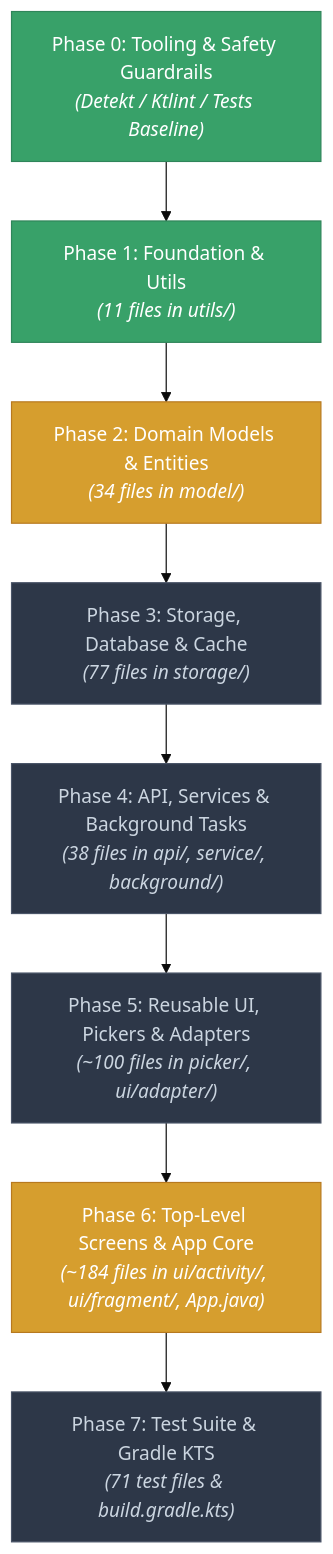
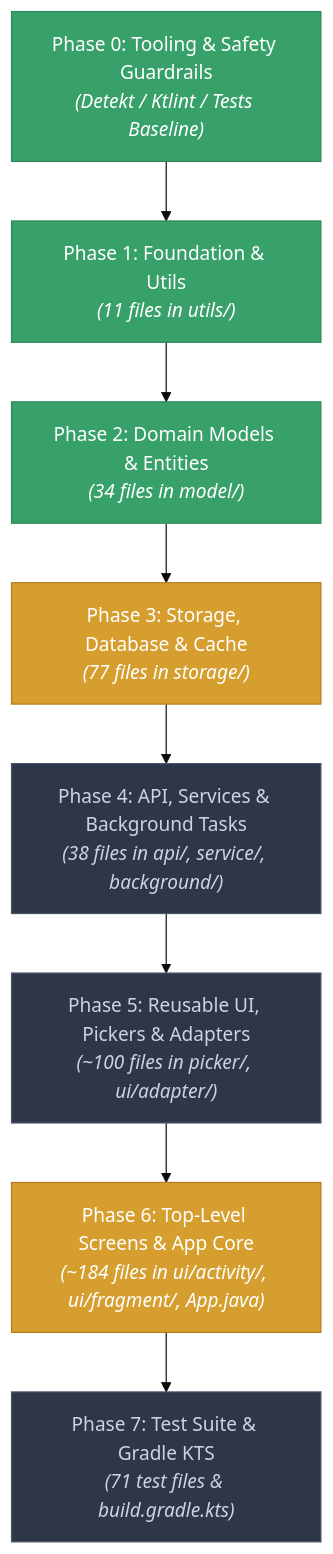
Before and after one commit to solomonrajan/cashledger: the first of 2 diagrams in KOTLIN_MIGRATION.mdx, drawn with Mermaid (base theme). The commit also changed other lines of this file and 68 other files, not shown here.

First line of the commit message:
refactor(model): migrate all 34 domain model and entity classes to Kotlin (Phase 2)

````diff
--- a/KOTLIN_MIGRATION.mdx
+++ b/KOTLIN_MIGRATION.mdx
@@ -57,23 +57,23 @@
 ```mermaid
 flowchart TD
     classDef pending fill:#2D3748,stroke:#4A5568,color:#CBD5E0
     classDef inprog fill:#D69E2E,stroke:#B7791F,color:#FFFFFF
     classDef complete fill:#38A169,stroke:#2F855A,color:#FFFFFF
 
     P0["Phase 0: Tooling & Safety Guardrails<br/><i>(Detekt / Ktlint / Tests Baseline)</i>"]:::complete
     P1["Phase 1: Foundation & Utils<br/><i>(11 files in utils/)</i>"]:::complete
-    P2["Phase 2: Domain Models & Entities<br/><i>(34 files in model/)</i>"]:::inprog
-    P3["Phase 3: Storage, Database & Cache<br/><i>(77 files in storage/)</i>"]:::pending
+    P2["Phase 2: Domain Models & Entities<br/><i>(34 files in model/)</i>"]:::complete
+    P3["Phase 3: Storage, Database & Cache<br/><i>(77 files in storage/)</i>"]:::inprog
     P4["Phase 4: API, Services & Background Tasks<br/><i>(38 files in api/, service/, background/)</i>"]:::pending
     P5["Phase 5: Reusable UI, Pickers & Adapters<br/><i>(~100 files in picker/, ui/adapter/)</i>"]:::pending
     P6["Phase 6: Top-Level Screens & App Core<br/><i>(~184 files in ui/activity/, ui/fragment/, App.java)</i>"]:::inprog
     P7["Phase 7: Test Suite & Gradle KTS<br/><i>(71 test files & build.gradle.kts)</i>"]:::pending
 
     P0 --> P1
     P1 --> P2
     P2 --> P3
     P3 --> P4
     P4 --> P5
     P5 --> P6
     P6 --> P7
 ```
````
